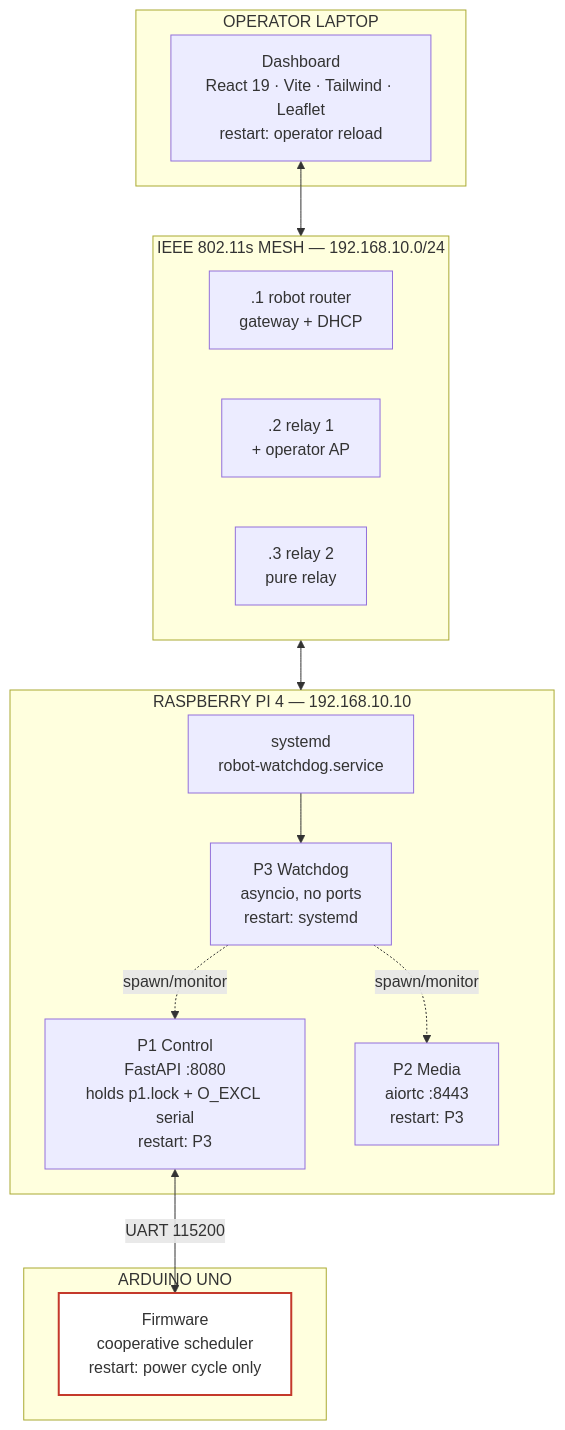
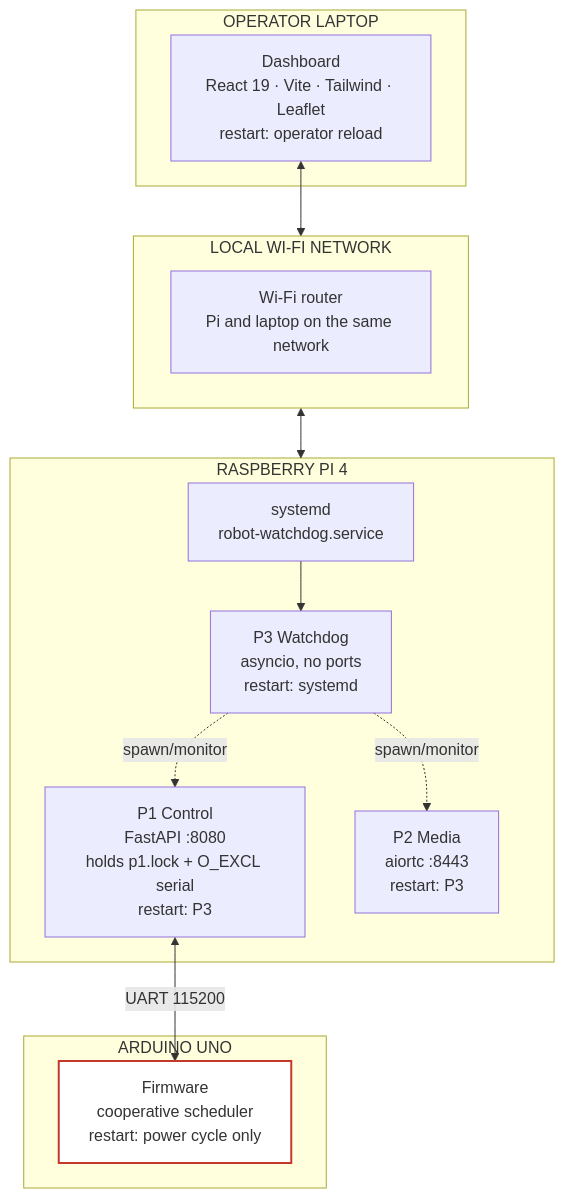
One commit to baiust999/robort-code-from-pi changed the second of 16 diagrams in docs/ARCHITECTURE.md. Above: the diagram before and after it, drawn with Mermaid. The commit also changed other lines of this file and 24 other files, not shown here.

First line of the commit message:
Remove the mesh network; run on an ordinary local Wi-Fi network

````diff
--- a/docs/ARCHITECTURE.md
+++ b/docs/ARCHITECTURE.md
@@ -67,33 +67,31 @@
 ```mermaid
 flowchart TB
     subgraph laptop["OPERATOR LAPTOP"]
         dash["Dashboard<br/>React 19 · Vite · Tailwind · Leaflet<br/>restart: operator reload"]
     end
 
-    subgraph mesh["IEEE 802.11s MESH — 192.168.10.0/24"]
-        m1[".1 robot router<br/>gateway + DHCP"]
-        m2[".2 relay 1<br/>+ operator AP"]
-        m3[".3 relay 2<br/>pure relay"]
+    subgraph lan["LOCAL WI-FI NETWORK"]
+        wifi["Wi-Fi router<br/>Pi and laptop on the same network"]
     end
 
-    subgraph pi["RASPBERRY PI 4 — 192.168.10.10"]
+    subgraph pi["RASPBERRY PI 4"]
         systemd["systemd<br/>robot-watchdog.service"]
         p3["P3 Watchdog<br/>asyncio, no ports<br/>restart: systemd"]
         p1["P1 Control<br/>FastAPI :8080<br/>holds p1.lock + O_EXCL serial<br/>restart: P3"]
         p2["P2 Media<br/>aiortc :8443<br/>restart: P3"]
     end
 
     subgraph mcu["ARDUINO UNO"]
         fw["Firmware<br/>cooperative scheduler<br/>restart: power cycle only"]
     end
 
-    dash <--> mesh
-    mesh <--> pi
+    dash <--> lan
+    lan <--> pi
     systemd --> p3
     p3 -. spawn/monitor .-> p1
     p3 -. spawn/monitor .-> p2
     p1 <-- "UART 115200" --> fw
 
     classDef restart_none fill:#fff,stroke:#C4392B,stroke-width:2px;
     class fw restart_none;
 ```
````
